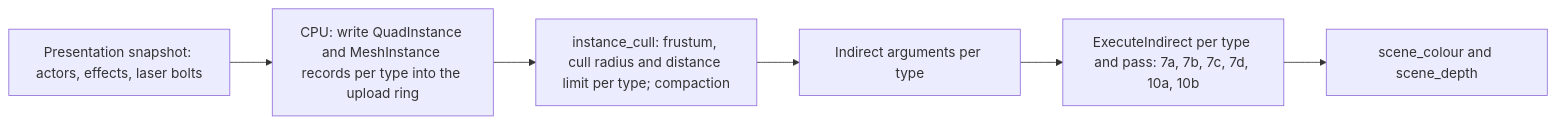
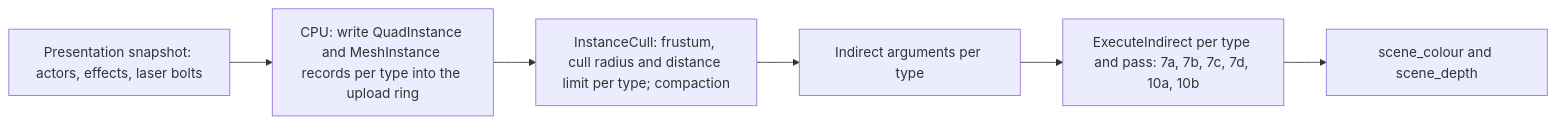
The first of 2 diagrams in design_next/architecture/components/renderer/entity_and_overlay_renderers.md (Zwaliebaba/Species.AI), drawn with Mermaid before and after one commit. The commit also changed other lines of this file and 44 other files, not shown here.

````diff
--- a/design_next/architecture/components/renderer/entity_and_overlay_renderers.md
+++ b/design_next/architecture/components/renderer/entity_and_overlay_renderers.md
@@ -193,8 +230,8 @@
 ```mermaid
 flowchart LR
   S["Presentation snapshot: actors, effects, laser bolts"] --> W["CPU: write QuadInstance and MeshInstance records per type into the upload ring"]
-  W --> C["instance_cull: frustum, cull radius and distance limit per type; compaction"]
+  W --> C["InstanceCull: frustum, cull radius and distance limit per type; compaction"]
   C --> A["Indirect arguments per type"]
   A --> D["ExecuteIndirect per type and pass: 7a, 7b, 7c, 7d, 10a, 10b"]
   D --> T["scene_colour and scene_depth"]
 ```
````
